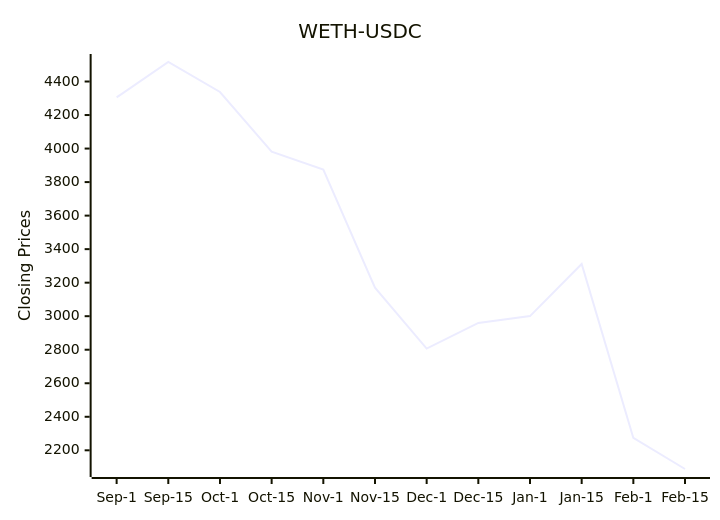
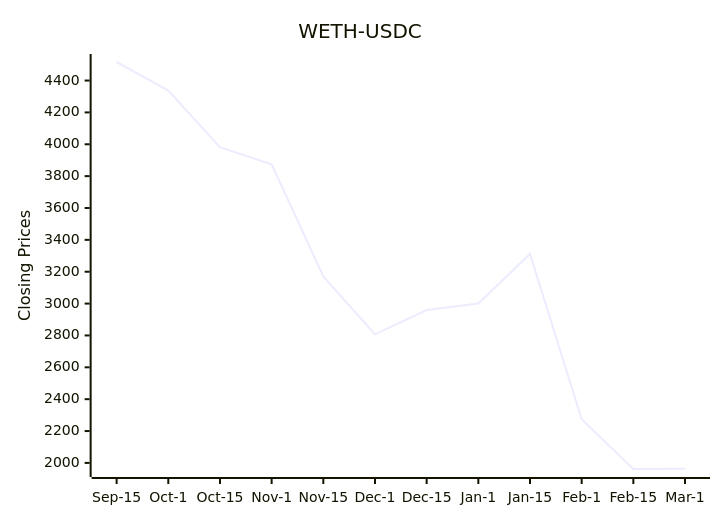
One commit to bicced/ReadmeCryptoPriceChart changed the diagram in README.md. Above: the diagram before and after it, drawn with Mermaid.

Commit message:
Update README with latest DEX data

````diff
--- a/README.md
+++ b/README.md
@@ -6,7 +6,7 @@
 ```mermaid
 xychart-beta
   title "WETH-USDC"
-  x-axis [Sep-1,Sep-15,Oct-1,Oct-15,Nov-1,Nov-15,Dec-1,Dec-15,Jan-1,Jan-15,Feb-1,Feb-15]
-  y-axis "Closing Prices" 2088.43846357347 --> 4516.39403113754
-  line [4305.29196667193,4516.39403113754,4337.4165948864,3981.40087035479,3874.8082284479,3170.25621083736,2806.91719695467,2959.74010356289,3000.67820680034,3311.65440575894,2273.66104115322,2088.43846357347]
+  x-axis [Sep-15,Oct-1,Oct-15,Nov-1,Nov-15,Dec-1,Dec-15,Jan-1,Jan-15,Feb-1,Feb-15,Mar-1]
+  y-axis "Closing Prices" 1961.76630440433 --> 4516.39403113754
+  line [4516.39403113754,4337.4165948864,3981.40087035479,3874.8082284479,3170.25621083736,2806.91719695467,2959.74010356289,3000.67820680034,3311.65440575894,2273.66104115322,1961.76630440433,1963.34037508281]
 ```
````
